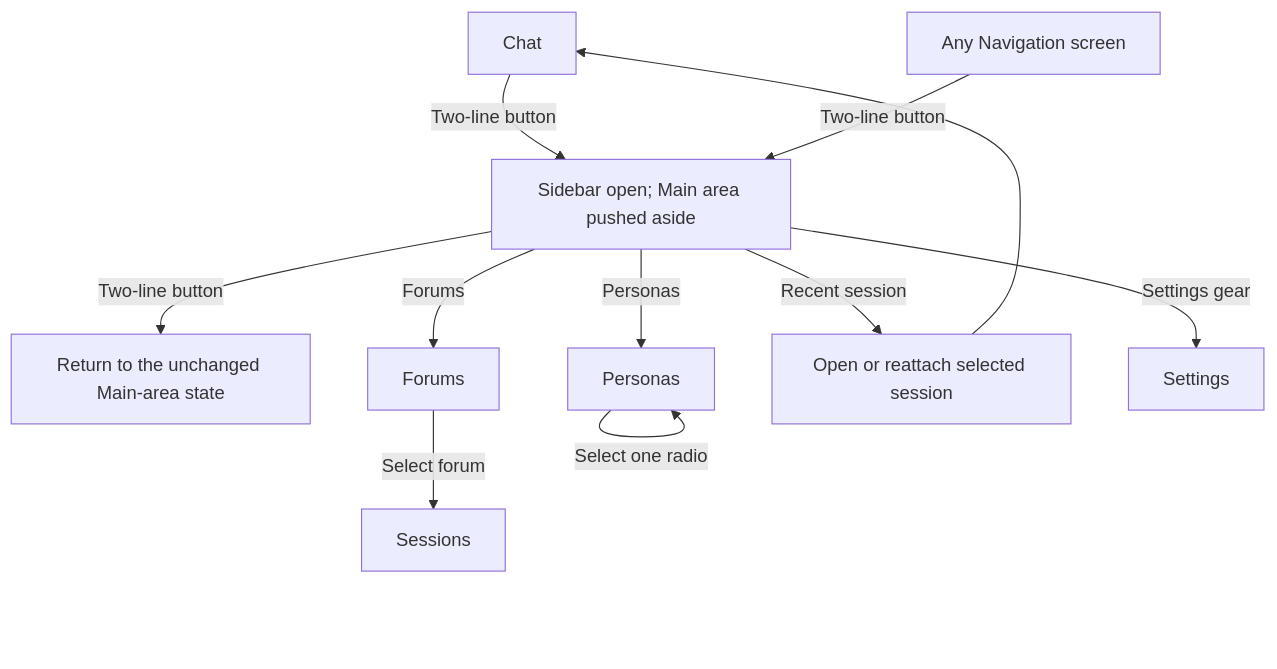
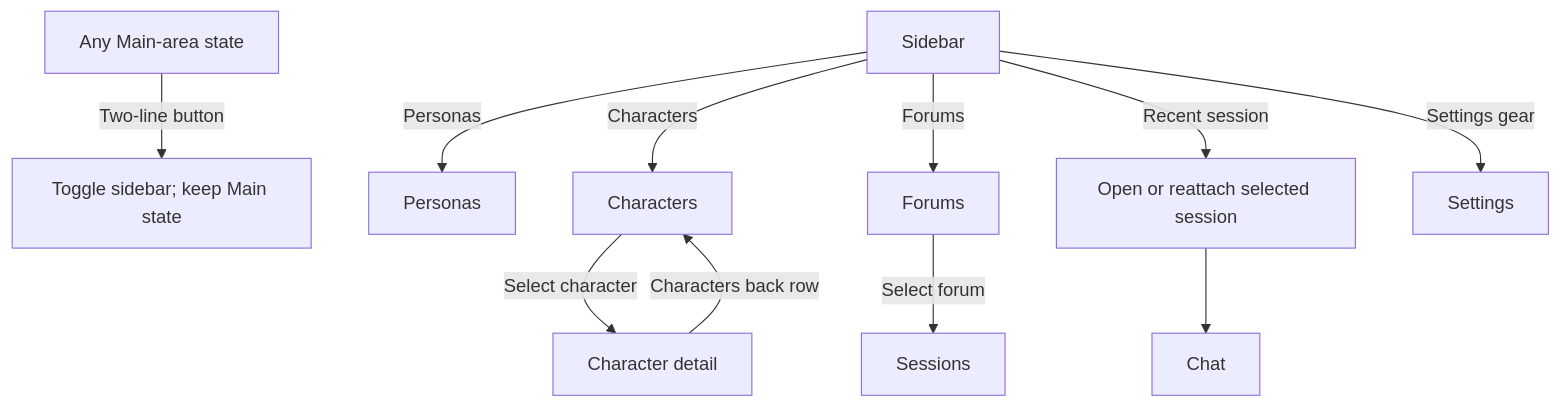
One commit to michaelpopov/cha changed the first of 5 diagrams in docs/web-ui/flows.md. Above: the diagram before and after it, drawn with Mermaid. The commit also changed other lines of this file and 14 other files, not shown here.

````diff
--- a/docs/web-ui/flows.md
+++ b/docs/web-ui/flows.md
@@ -5,13 +7,13 @@
 ```mermaid
 flowchart TD
-    Chat["Chat"] -->|"Two-line button"| Sidebar["Sidebar open; Main area pushed aside"]
-    Navigation["Any Navigation screen"] -->|"Two-line button"| Sidebar
-    Sidebar -->|"Two-line button"| Previous["Return to the unchanged Main-area state"]
-    Sidebar -->|"Personas"| Personas["Personas"]
+    Main["Any Main-area state"] -->|"Two-line button"| Toggle["Toggle sidebar; keep Main state"]
+    Sidebar["Sidebar"] -->|"Personas"| Personas["Personas"]
+    Sidebar -->|"Characters"| Characters["Characters"]
     Sidebar -->|"Forums"| Forums["Forums"]
     Sidebar -->|"Recent session"| Open["Open or reattach selected session"]
     Sidebar -->|"Settings gear"| Settings["Settings"]
-    Open --> Chat
-    Personas -->|"Select one radio"| Personas
+    Characters -->|"Select character"| Detail["Character detail"]
+    Detail -->|"Characters back row"| Characters
     Forums -->|"Select forum"| Sessions["Sessions"]
+    Open --> Chat["Chat"]
 ```
````
